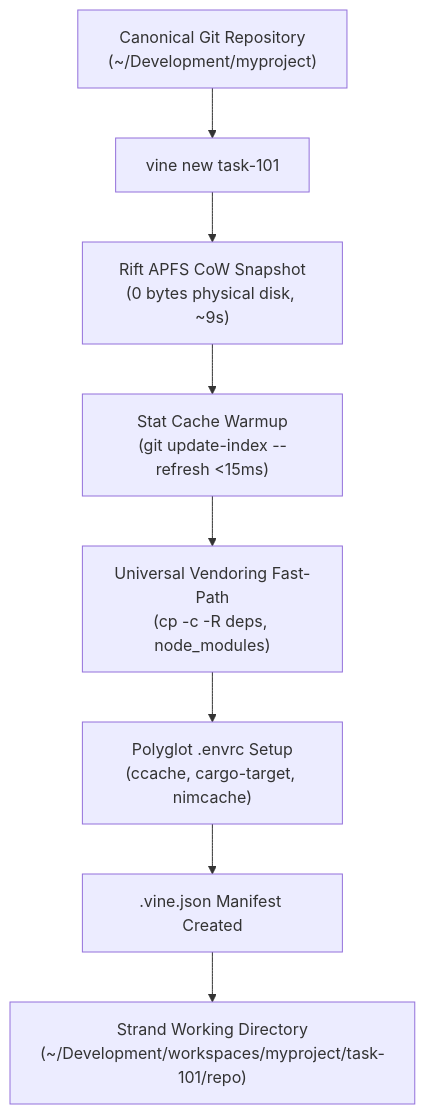
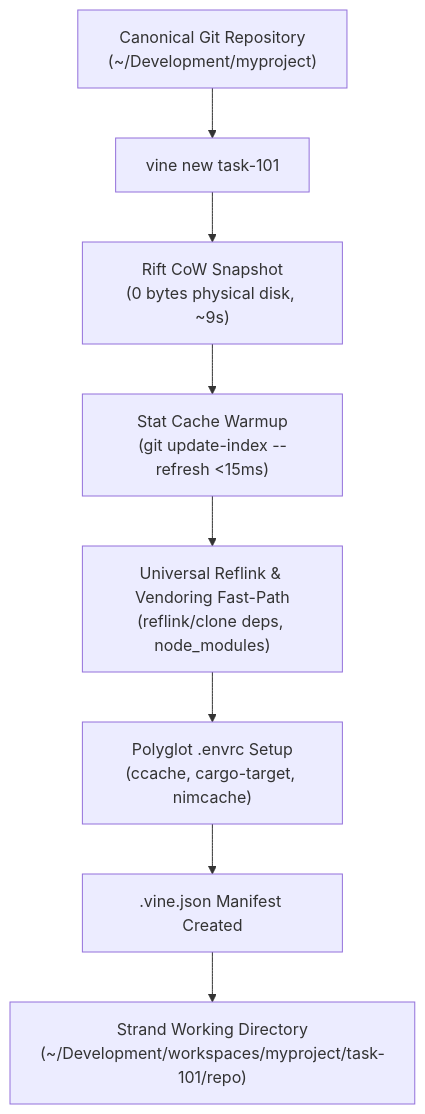
One commit to axiomantic/vine changed the diagram in docs/strand_lifecycle.md. Above: the diagram before and after it, drawn with Mermaid. The commit also changed other lines of this file and 11 other files, not shown here.

Commit message:
docs(vine): purge APFS terminology in favor of cross-platform Rift CoW

````diff
--- a/docs/strand_lifecycle.md
+++ b/docs/strand_lifecycle.md
@@ -12,10 +12,11 @@
 ```mermaid
 flowchart TD
     Canonical["Canonical Git Repository<br/>(~/Development/myproject)"] --> Provision["vine new task-101"]
-    Provision --> Snapshot["Rift APFS CoW Snapshot<br/>(0 bytes physical disk, ~9s)"]
+    Snapshot["Rift CoW Snapshot<br/>(0 bytes physical disk, ~9s)"]
+    Provision --> Snapshot
     Snapshot --> Warmup["Stat Cache Warmup<br/>(git update-index --refresh <15ms)"]
-    Warmup --> Vendor["Universal Vendoring Fast-Path<br/>(cp -c -R deps, node_modules)"]
+    Warmup --> Vendor["Universal Reflink & Vendoring Fast-Path<br/>(reflink/clone deps, node_modules)"]
     Vendor --> Envrc["Polyglot .envrc Setup<br/>(ccache, cargo-target, nimcache)"]
     Envrc --> Manifest[".vine.json Manifest Created"]
     Manifest --> StrandDir["Strand Working Directory<br/>(~/Development/workspaces/myproject/task-101/repo)"]
 ```
````
